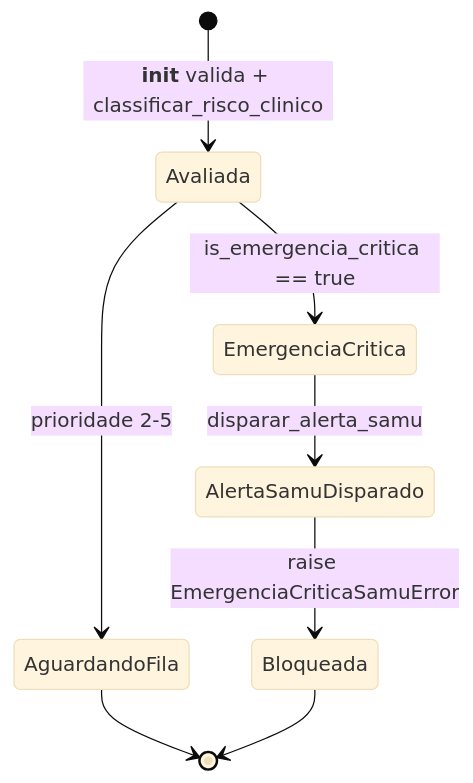
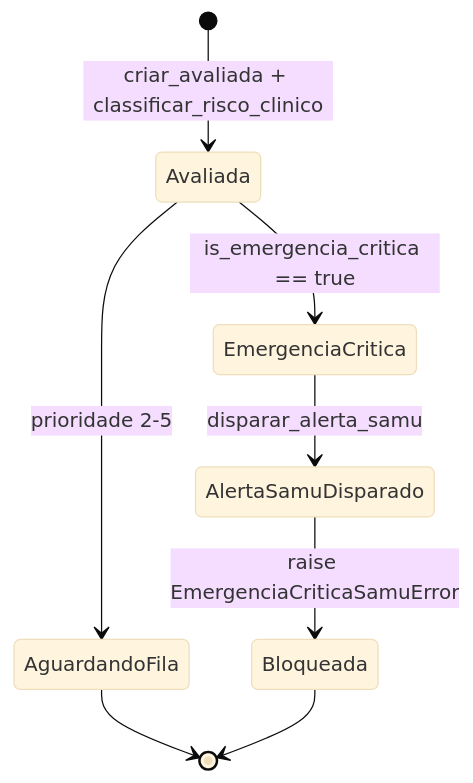
Before and after one commit to Rafaelp122/medisync: the diagram in docs/explanation/domains/triage-domain.md, drawn with Mermaid (base theme). The commit also changed other lines of this file and 130 other files, not shown here.

````diff
--- a/docs/explanation/domains/triage-domain.md
+++ b/docs/explanation/domains/triage-domain.md
@@ -31,10 +35,10 @@
 ```mermaid
 stateDiagram-v2
-    [*] --> Avaliada: __init__ valida + classificar_risco_clinico
+    [*] --> Avaliada: criar_avaliada + classificar_risco_clinico
     Avaliada --> EmergenciaCritica: is_emergencia_critica == true
     Avaliada --> AguardandoFila: prioridade 2-5
     EmergenciaCritica --> AlertaSamuDisparado: disparar_alerta_samu
     AlertaSamuDisparado --> Bloqueada: raise EmergenciaCriticaSamuError
     AguardandoFila --> [*]
     Bloqueada --> [*]
 ```
````
